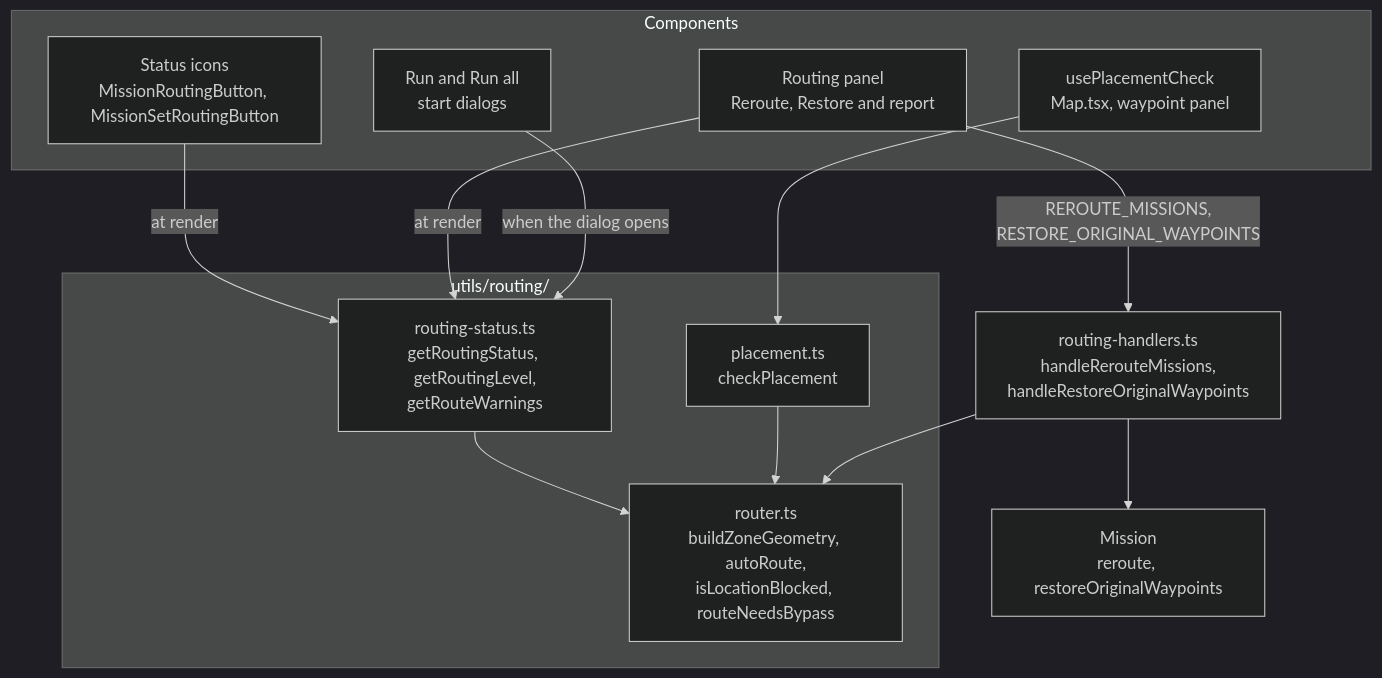
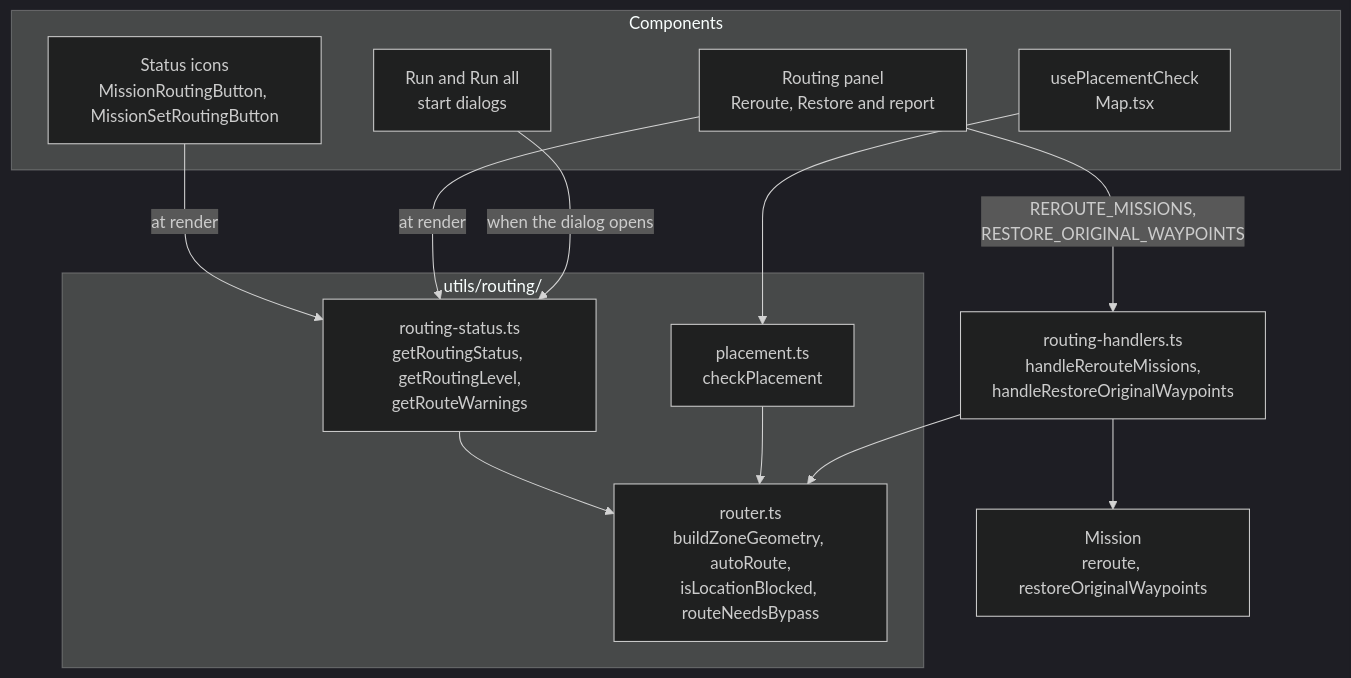
The diagram in src/doc/markdown/page113_obstacle_avoidance.md (jaiarobotics/jaiabot), drawn with Mermaid (dark theme) before and after one commit. The commit also changed other lines of this file and 7 other files, not shown here.

````diff
--- a/src/doc/markdown/page113_obstacle_avoidance.md
+++ b/src/doc/markdown/page113_obstacle_avoidance.md
@@ -159,28 +161,28 @@
 ```mermaid
 flowchart TD
     subgraph UI["Components"]
         ICON["Status icons<br/>MissionRoutingButton, MissionSetRoutingButton"]
         DLG["Routing panel<br/>Reroute, Restore and report"]
-        PLACE["usePlacementCheck<br/>Map.tsx, waypoint panel"]
+        PLACE["usePlacementCheck<br/>Map.tsx"]
         RUN["Run and Run all<br/>start dialogs"]
     end
 
     subgraph UTIL["utils/routing/"]
         ROUTER["router.ts<br/>buildZoneGeometry, autoRoute,<br/>isLocationBlocked, routeNeedsBypass"]
         STATUS["routing-status.ts<br/>getRoutingStatus, getRoutingLevel,<br/>getRouteWarnings"]
         PLACEMENT["placement.ts<br/>checkPlacement"]
     end
 
     H["routing-handlers.ts<br/>handleRerouteMissions,<br/>handleRestoreOriginalWaypoints"]
     M["Mission<br/>reroute, restoreOriginalWaypoints"]
 
     ICON -- "at render" --> STATUS
     DLG -- "at render" --> STATUS
     RUN -- "when the dialog opens" --> STATUS
     PLACE --> PLACEMENT
     STATUS --> ROUTER
     PLACEMENT --> ROUTER
     DLG -- "REROUTE_MISSIONS,<br/>RESTORE_ORIGINAL_WAYPOINTS" --> H
     H --> ROUTER
     H --> M
 ```
````
